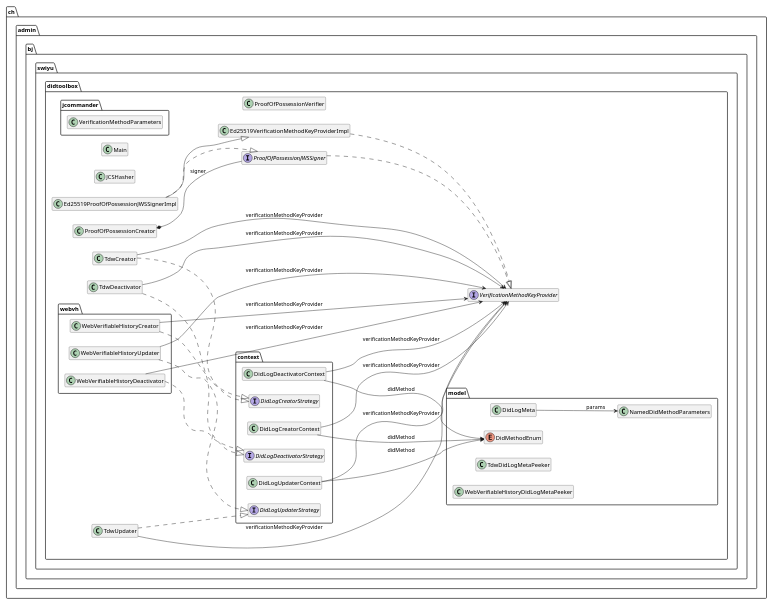
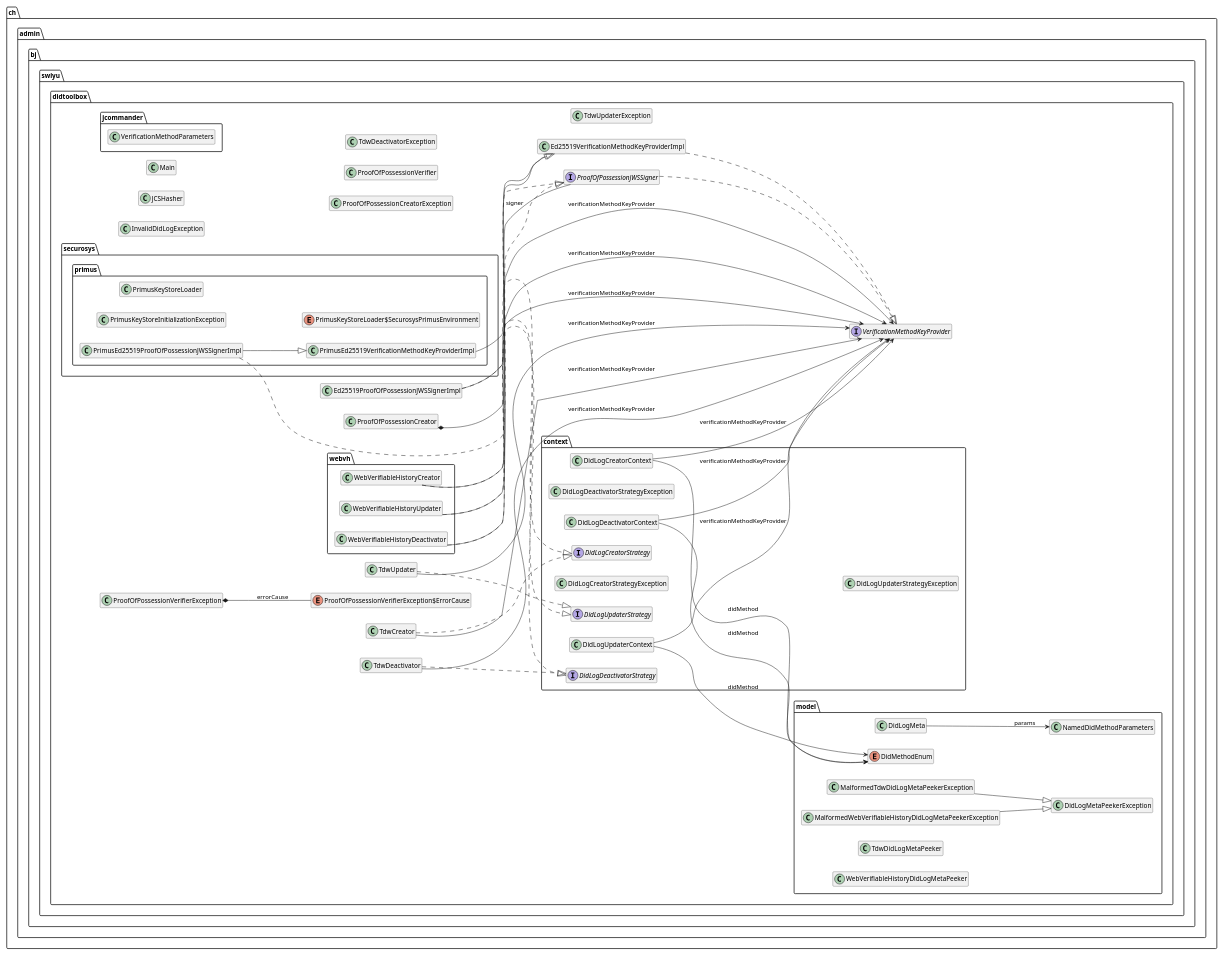
The diagram in src/main/plantuml/didtoolbox-classes-only.puml (swiyu-admin-ch/didtoolbox-java), drawn with PlantUML before and after one commit. The commit also changed other lines of this file and 8 other files, not shown here.

Commit message:
plantuml-generator-maven-plugin  re-configured

```diff
--- a/src/main/plantuml/didtoolbox-classes-only.puml
+++ b/src/main/plantuml/didtoolbox-classes-only.puml
@@ -4,7 +2,7 @@
 @startuml
 
 left to right direction
-scale 2/3
+scale 3/4
 
 
 class ch.admin.bj.swiyu.didtoolbox.Ed25519ProofOfPossessionJWSSignerImpl {
@@ -18,9 +16,11 @@
 	{method} +generateSignature ( param[B1 : [B ) : [B
 	{method} +getVerificationKeyMultibase () : String
 	{method} +isKeyMultibaseInSet ( paramSet1 : java.util.Set ) : boolean
-	{method} ~verify ( param[B1 : [B , param[B2 : [B ) : boolean
-	{method} ~writePrivateKeyAsPem ( paramFile1 : java.io.File ) : void
 	{method} +writePublicKeyAsPem ( paramFile1 : java.io.File ) : void
+}
+
+
+class ch.admin.bj.swiyu.didtoolbox.InvalidDidLogException {
 }
 
 
@@ -29,13 +29,15 @@
 
 
 class ch.admin.bj.swiyu.didtoolbox.Main {
-	{field} ~help : boolean
-	{field} ~version : boolean
 }
 
 
 class ch.admin.bj.swiyu.didtoolbox.ProofOfPossessionCreator {
 	{method} +create ( paramString1 : String , paramDuration2 : java.time.Duration ) : com.nimbusds.jwt.SignedJWT
+}
+
+
+class ch.admin.bj.swiyu.didtoolbox.ProofOfPossessionCreatorException {
 }
 
 
@@ -46,17 +48,28 @@
 
 
 class ch.admin.bj.swiyu.didtoolbox.ProofOfPossessionVerifier {
-	{field} -updateKeys : java.util.Set
 	{method} +isValid ( paramSignedJWT1 : com.nimbusds.jwt.SignedJWT , paramString2 : String ) : boolean
 	{method} +verify ( paramSignedJWT1 : com.nimbusds.jwt.SignedJWT , paramString2 : String ) : void
 }
 
 
+class ch.admin.bj.swiyu.didtoolbox.ProofOfPossessionVerifierException {
+}
+
+
+enum ch.admin.bj.swiyu.didtoolbox.ProofOfPossessionVerifierException$ErrorCause {
+	{field} +EXPIRED
+	{field} +FAILED_TO_VERIFY
+	{field} +INVALID_NONCE
+	{field} +INVALID_SIGNATURE
+	{field} +KEY_MISMATCH
+	{field} +UNPARSABLE
+	{field} +UNSUPPORTED_ALGORITHM
+	{field} +UNSUPPORTED_KEY_SUBTYPE
+}
+
+
 class ch.admin.bj.swiyu.didtoolbox.TdwCreator {
-	{field} -assertionMethodKeys : java.util.Map
-	{field} -authenticationKeys : java.util.Map
-	{field} -forceOverwrite : boolean
-	{field} -updateKeys : java.util.Set
 	{method} +create ( paramURL1 : java.net.URL ) : String <<deprecated>> 
 	{method} +create ( paramURL1 : java.net.URL , paramZonedDateTime2 : java.time.ZonedDateTime ) : String <<deprecated>> 
 	{method} +createDidLog ( paramURL1 : java.net.URL ) : String
@@ -67,7 +80,6 @@
 
 class ch.admin.bj.swiyu.didtoolbox.TdwDeactivator {
 	{method} +deactivate ( paramString1 : String ) : String <<deprecated>> 
-	{method} ~deactivate ( paramFile1 : java.io.File ) : String <<deprecated>> 
 	{method} +deactivate ( paramString1 : String , paramZonedDateTime2 : java.time.ZonedDateTime ) : String <<deprecated>> 
 	{method} +deactivateDidLog ( paramString1 : String ) : String
 	{method} +deactivateDidLog ( paramFile1 : java.io.File ) : String
@@ -76,18 +88,20 @@
 }
 
 
+class ch.admin.bj.swiyu.didtoolbox.TdwDeactivatorException {
+}
+
+
 class ch.admin.bj.swiyu.didtoolbox.TdwUpdater {
-	{field} -assertionMethodKeys : java.util.Map
-	{field} -authenticationKeys : java.util.Map
-	{field} -updateKeys : java.util.Set
-	{method} -buildDidMethodParameters () : com.google.gson.JsonObject
 	{method} #getDidMethod () : ch.admin.bj.swiyu.didtoolbox.model.DidMethodEnum
 	{method} +update ( paramString1 : String ) : String <<deprecated>> 
-	{method} ~update ( paramFile1 : java.io.File ) : String <<deprecated>> 
-	{method} ~update ( paramString1 : String , paramZonedDateTime2 : java.time.ZonedDateTime ) : String <<deprecated>> 
 	{method} +updateDidLog ( paramString1 : String ) : String
 	{method} +updateDidLog ( paramFile1 : java.io.File ) : String
 	{method} +updateDidLog ( paramString1 : String , paramZonedDateTime2 : java.time.ZonedDateTime ) : String
+}
+
+
+class ch.admin.bj.swiyu.didtoolbox.TdwUpdaterException {
 }
 
 
@@ -99,13 +113,7 @@
 
 
 class ch.admin.bj.swiyu.didtoolbox.context.DidLogCreatorContext {
-	{field} -assertionMethodKeys : java.util.Map
-	{field} -authenticationKeys : java.util.Map
-	{field} -forceOverwrite : boolean
-	{field} -nextKeys : java.util.Set
-	{field} -updateKeys : java.util.Set
 	{method} +create ( paramURL1 : java.net.URL ) : String
-	{method} ~create ( paramURL1 : java.net.URL , paramZonedDateTime2 : java.time.ZonedDateTime ) : String
 }
 
 
@@ -115,10 +123,13 @@
 }
 
 
+class ch.admin.bj.swiyu.didtoolbox.context.DidLogCreatorStrategyException {
+}
+
+
 class ch.admin.bj.swiyu.didtoolbox.context.DidLogDeactivatorContext {
 	{method} +deactivate ( paramString1 : String ) : String
 	{method} +deactivate ( paramFile1 : java.io.File ) : String
-	{method} ~deactivate ( paramString1 : String , paramZonedDateTime2 : java.time.ZonedDateTime ) : String
 }
 
 
@@ -129,14 +140,13 @@
 }
 
 
+class ch.admin.bj.swiyu.didtoolbox.context.DidLogDeactivatorStrategyException {
+}
+
+
 class ch.admin.bj.swiyu.didtoolbox.context.DidLogUpdaterContext {
-	{field} -assertionMethodKeys : java.util.Map
-	{field} -authenticationKeys : java.util.Map
-	{field} -nextKeys : java.util.Set
-	{field} -updateKeys : java.util.Set
 	{method} +update ( paramString1 : String ) : String
 	{method} +update ( paramFile1 : java.io.File ) : String
-	{method} ~update ( paramString1 : String , paramZonedDateTime2 : java.time.ZonedDateTime ) : String
 }
 
 
@@ -147,6 +157,10 @@
 }
 
 
+class ch.admin.bj.swiyu.didtoolbox.context.DidLogUpdaterStrategyException {
+}
+
+
 class ch.admin.bj.swiyu.didtoolbox.jcommander.VerificationMethodParameters {
 	{field} +jwk : String
 	{field} +key : String
@@ -154,13 +168,13 @@
 
 
 class ch.admin.bj.swiyu.didtoolbox.model.DidLogMeta {
-	{field} -dateTime : String
-	{field} -didDoc : ch.admin.eid.did_sidekicks.DidDoc
-	{field} -lastVersionId : String
-	{field} ~lastVersionNumber : int
 	{method} +arePreRotatedUpdateKeys ( paramSet1 : java.util.Set ) : boolean
 	{method} +isKeyPreRotationActivated () : boolean
 	{method} +isPreRotatedUpdateKey ( paramString1 : String ) : boolean
+}
+
+
+class ch.admin.bj.swiyu.didtoolbox.model.DidLogMetaPeekerException {
 }
 
 
@@ -170,11 +184,17 @@
 }
 
 
+class ch.admin.bj.swiyu.didtoolbox.model.MalformedTdwDidLogMetaPeekerException {
+}
+
+
+class ch.admin.bj.swiyu.didtoolbox.model.MalformedWebVerifiableHistoryDidLogMetaPeekerException {
+}
+
+
 class ch.admin.bj.swiyu.didtoolbox.model.NamedDidMethodParameters {
 	{field} +deactivated : Boolean
-	{field} ~method : String
 	{field} +nextKeyHashes : java.util.Set
-	{field} ~scid : String
 	{field} +updateKeys : java.util.Set
 	{method} +getDidMethodEnum () : ch.admin.bj.swiyu.didtoolbox.model.DidMethodEnum
 }
@@ -188,12 +208,33 @@
 }
 
 
+class ch.admin.bj.swiyu.didtoolbox.securosys.primus.PrimusEd25519ProofOfPossessionJWSSignerImpl {
+	{method} +supportedJWSAlgorithms () : java.util.Set
+}
+
+
+class ch.admin.bj.swiyu.didtoolbox.securosys.primus.PrimusEd25519VerificationMethodKeyProviderImpl {
+	{method} +generateSignature ( param[B1 : [B ) : [B
+}
+
+
+class ch.admin.bj.swiyu.didtoolbox.securosys.primus.PrimusKeyStoreInitializationException {
+}
+
+
+class ch.admin.bj.swiyu.didtoolbox.securosys.primus.PrimusKeyStoreLoader {
+}
+
+
+enum ch.admin.bj.swiyu.didtoolbox.securosys.primus.PrimusKeyStoreLoader$SecurosysPrimusEnvironment {
+	{field} +SECUROSYS_PRIMUS_HOST
+	{field} +SECUROSYS_PRIMUS_PASSWORD
+	{field} +SECUROSYS_PRIMUS_PORT
+	{field} +SECUROSYS_PRIMUS_USER
+}
+
+
 class ch.admin.bj.swiyu.didtoolbox.webvh.WebVerifiableHistoryCreator {
-	{field} -assertionMethodKeys : java.util.Map
-	{field} -authenticationKeys : java.util.Map
-	{field} -forceOverwrite : boolean
-	{field} -nextKeys : java.util.Set
-	{field} -updateKeys : java.util.Set
 	{method} +createDidLog ( paramURL1 : java.net.URL ) : String
 	{method} +createDidLog ( paramURL1 : java.net.URL , paramZonedDateTime2 : java.time.ZonedDateTime ) : String
 	{method} #getDidMethod () : ch.admin.bj.swiyu.didtoolbox.model.DidMethodEnum
@@ -209,14 +250,7 @@
 
 
 class ch.admin.bj.swiyu.didtoolbox.webvh.WebVerifiableHistoryUpdater {
-	{field} -assertionMethodKeys : java.util.Map
-	{field} -authenticationKeys : java.util.Map
-	{field} -nextUpdateKeys : java.util.Set
-	{field} -updateKeys : java.util.Set
-	{method} -buildDidMethodParameters () : com.google.gson.JsonObject
 	{method} #getDidMethod () : ch.admin.bj.swiyu.didtoolbox.model.DidMethodEnum
-	{method} -loadNextUpdateKeys () : java.util.Set
-	{method} -loadUpdateKeys () : java.util.Set
 	{method} +updateDidLog ( paramString1 : String ) : String
 	{method} +updateDidLog ( paramFile1 : java.io.File ) : String
 	{method} +updateDidLog ( paramString1 : String , paramZonedDateTime2 : java.time.ZonedDateTime ) : String
@@ -230,6 +264,7 @@
 ch.admin.bj.swiyu.didtoolbox.Ed25519VerificationMethodKeyProviderImpl ..|>  ch.admin.bj.swiyu.didtoolbox.VerificationMethodKeyProvider
 ch.admin.bj.swiyu.didtoolbox.ProofOfPossessionCreator *--  ch.admin.bj.swiyu.didtoolbox.ProofOfPossessionJWSSigner : signer
 ch.admin.bj.swiyu.didtoolbox.ProofOfPossessionJWSSigner ..|>  ch.admin.bj.swiyu.didtoolbox.VerificationMethodKeyProvider
+ch.admin.bj.swiyu.didtoolbox.ProofOfPossessionVerifierException *--  ch.admin.bj.swiyu.didtoolbox.ProofOfPossessionVerifierException$ErrorCause : errorCause
 ch.admin.bj.swiyu.didtoolbox.TdwCreator -->  ch.admin.bj.swiyu.didtoolbox.VerificationMethodKeyProvider : verificationMethodKeyProvider
 ch.admin.bj.swiyu.didtoolbox.TdwCreator ..|>  ch.admin.bj.swiyu.didtoolbox.context.DidLogCreatorStrategy
 ch.admin.bj.swiyu.didtoolbox.TdwDeactivator -->  ch.admin.bj.swiyu.didtoolbox.VerificationMethodKeyProvider : verificationMethodKeyProvider
@@ -243,6 +278,11 @@
 ch.admin.bj.swiyu.didtoolbox.context.DidLogUpdaterContext -->  ch.admin.bj.swiyu.didtoolbox.VerificationMethodKeyProvider : verificationMethodKeyProvider
 ch.admin.bj.swiyu.didtoolbox.context.DidLogUpdaterContext -->  ch.admin.bj.swiyu.didtoolbox.model.DidMethodEnum : didMethod
 ch.admin.bj.swiyu.didtoolbox.model.DidLogMeta -->  ch.admin.bj.swiyu.didtoolbox.model.NamedDidMethodParameters : params
+ch.admin.bj.swiyu.didtoolbox.model.MalformedTdwDidLogMetaPeekerException --|>  ch.admin.bj.swiyu.didtoolbox.model.DidLogMetaPeekerException
+ch.admin.bj.swiyu.didtoolbox.model.MalformedWebVerifiableHistoryDidLogMetaPeekerException --|>  ch.admin.bj.swiyu.didtoolbox.model.DidLogMetaPeekerException
+ch.admin.bj.swiyu.didtoolbox.securosys.primus.PrimusEd25519ProofOfPossessionJWSSignerImpl --|>  ch.admin.bj.swiyu.didtoolbox.securosys.primus.PrimusEd25519VerificationMethodKeyProviderImpl
+ch.admin.bj.swiyu.didtoolbox.securosys.primus.PrimusEd25519ProofOfPossessionJWSSignerImpl ..|>  ch.admin.bj.swiyu.didtoolbox.ProofOfPossessionJWSSigner
+ch.admin.bj.swiyu.didtoolbox.securosys.primus.PrimusEd25519VerificationMethodKeyProviderImpl --|>  ch.admin.bj.swiyu.didtoolbox.Ed25519VerificationMethodKeyProviderImpl
 ch.admin.bj.swiyu.didtoolbox.webvh.WebVerifiableHistoryCreator -->  ch.admin.bj.swiyu.didtoolbox.VerificationMethodKeyProvider : verificationMethodKeyProvider
 ch.admin.bj.swiyu.didtoolbox.webvh.WebVerifiableHistoryCreator ..|>  ch.admin.bj.swiyu.didtoolbox.context.DidLogCreatorStrategy
 ch.admin.bj.swiyu.didtoolbox.webvh.WebVerifiableHistoryDeactivator -->  ch.admin.bj.swiyu.didtoolbox.VerificationMethodKeyProvider : verificationMethodKeyProvider
```
